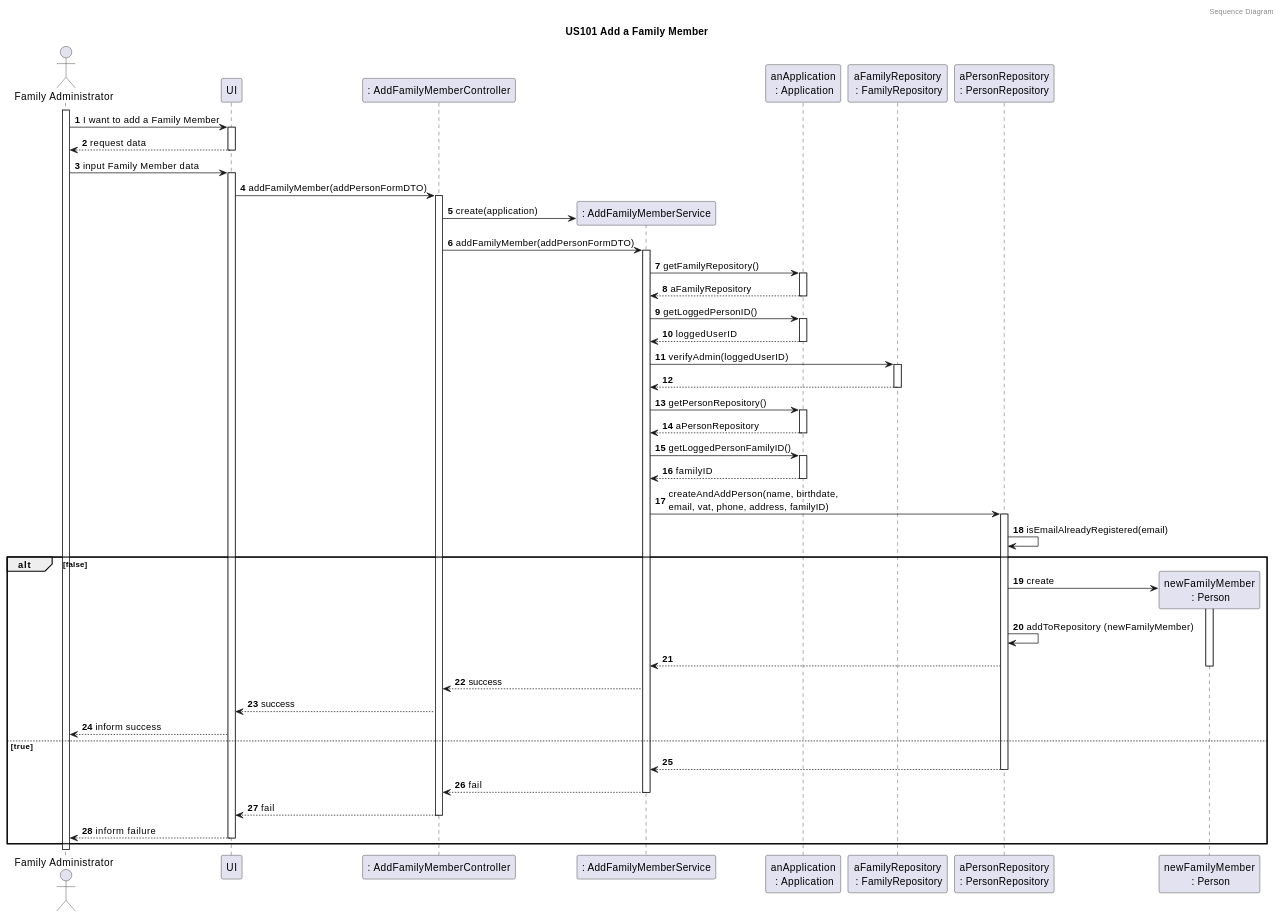
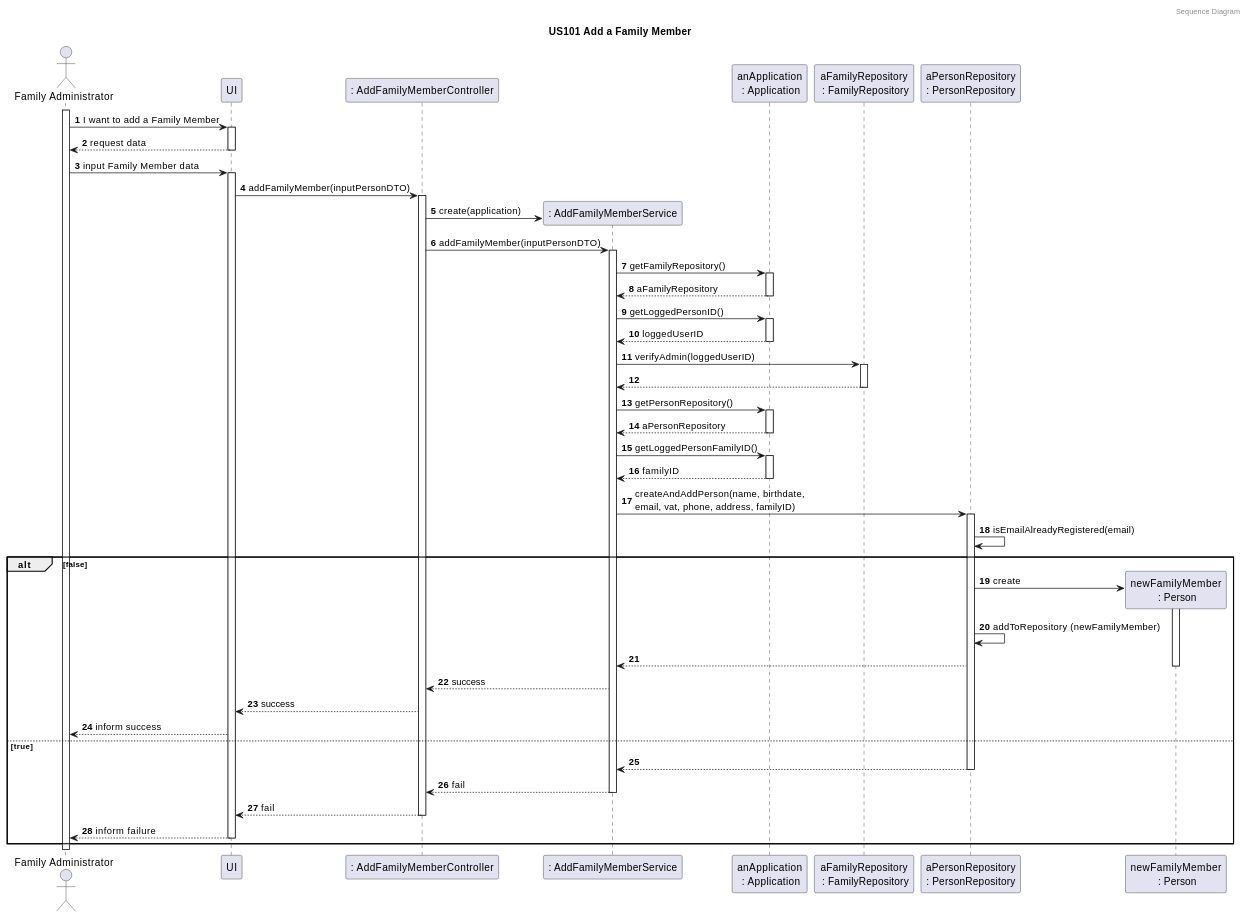
Before and after one commit to tomas-osswald/switch_2020_g3: the fourth of 4 diagrams in docs/sprint3/user_stories/US101_AddFamilyMember.md, drawn with PlantUML. The commit also changed other lines of this file and 23 other files, not shown here.

```diff
--- a/docs/sprint3/user_stories/US101_AddFamilyMember.md
+++ b/docs/sprint3/user_stories/US101_AddFamilyMember.md
@@ -284,11 +284,11 @@
 familyAdmin -> UI : input Family Member data
 activate UI
 
-UI -> controller : addFamilyMember(addPersonFormDTO)
+UI -> controller : addFamilyMember(inputPersonDTO)
 activate controller
 
 controller -> FamAdminService** : create(application)
-controller -> FamAdminService : addFamilyMember(addPersonFormDTO)
+controller -> FamAdminService : addFamilyMember(inputPersonDTO)
 activate FamAdminService
 
 FamAdminService -> app : getFamilyRepository()
```
